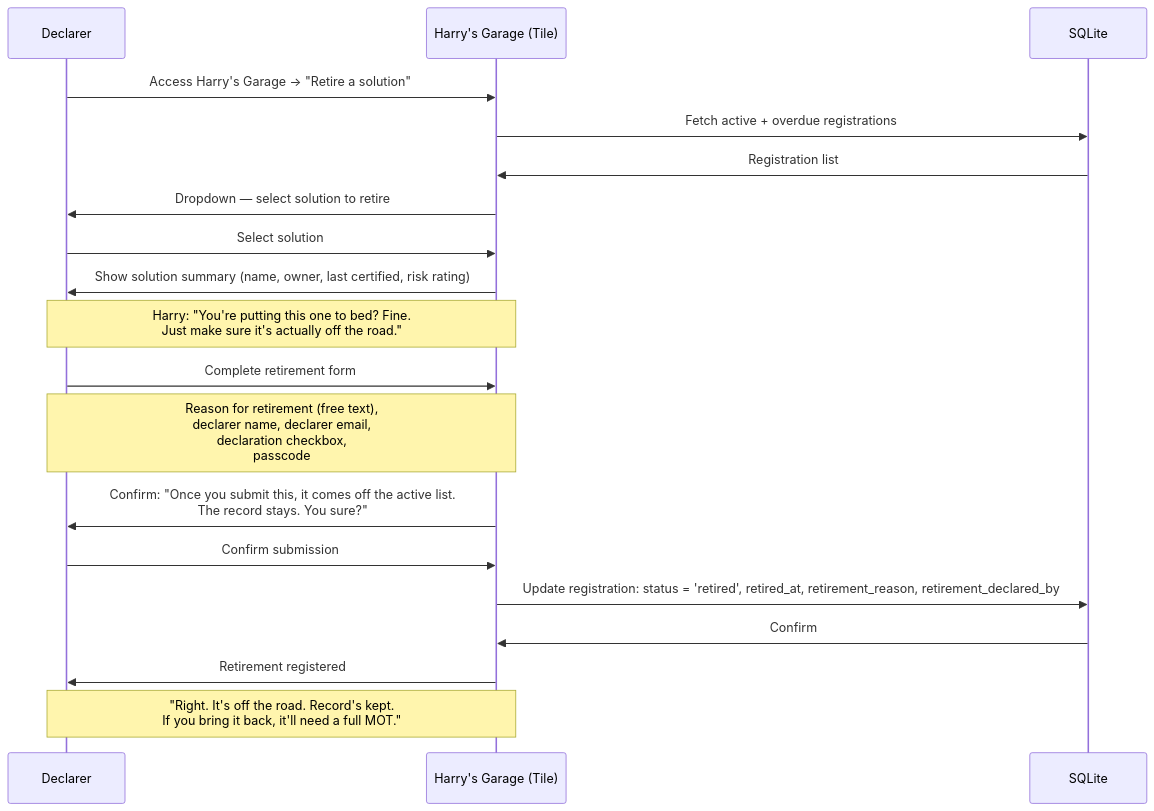
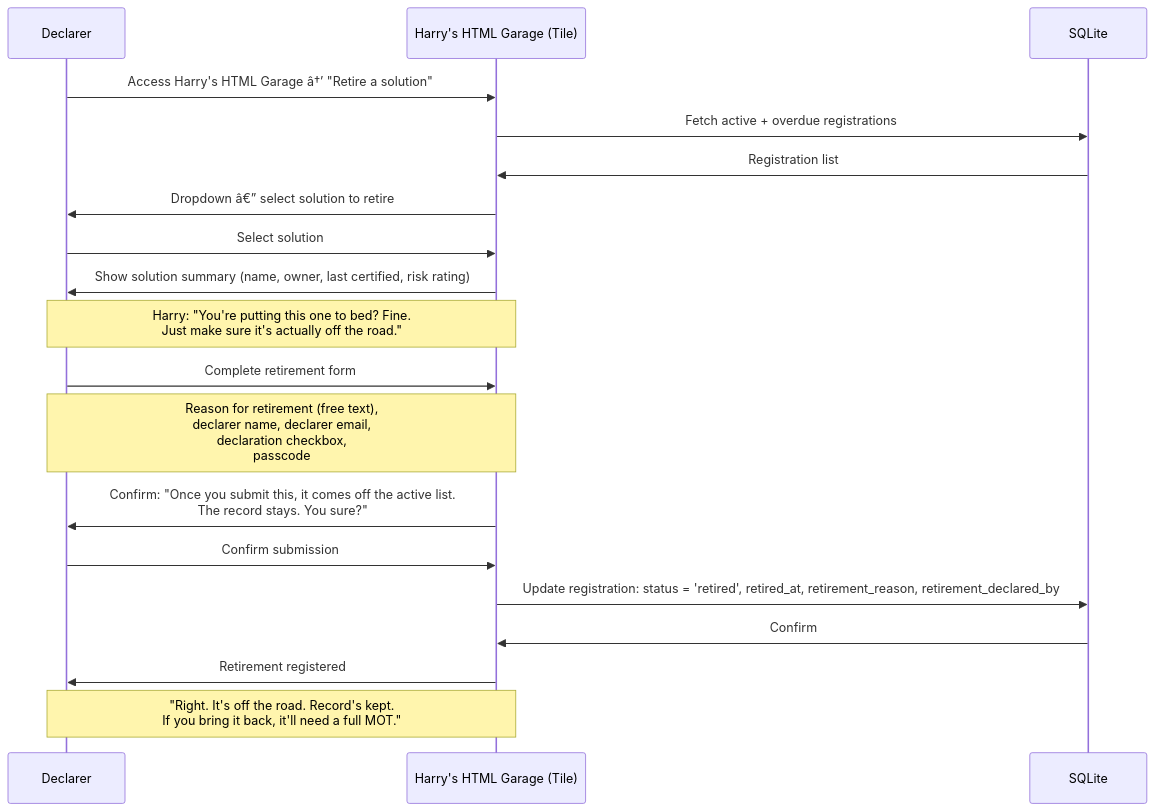
One commit to thensby-afk/agentic changed the diagram in 4 - Security specification/process-flows/02-retirement.md. Above: the diagram before and after it, drawn with Mermaid. The commit also changed other lines of this file and 4 other files, not shown here.

Commit message:
Rename to Harry's HTML Garage; add shell tile HTML

````diff
--- a/4 - Security specification/process-flows/02-retirement.md
+++ b/4 - Security specification/process-flows/02-retirement.md
@@ -27,27 +27,27 @@
 ```mermaid
 sequenceDiagram
     participant D as Declarer
-    participant HG as Harry's Garage (Tile)
+    participant HG as Harry's HTML Garage (Tile)
     participant DB as SQLite
 
-    D->>HG: Access Harry's Garage → "Retire a solution"
+    D->>HG: Access Harry's HTML Garage â†’ "Retire a solution"
     HG->>DB: Fetch active + overdue registrations
     DB->>HG: Registration list
-    HG->>D: Dropdown — select solution to retire
+    HG->>D: Dropdown â€” select solution to retire
     D->>HG: Select solution
     HG->>D: Show solution summary (name, owner, last certified, risk rating)
     Note over HG,D: Harry: "You're putting this one to bed? Fine.<br/>Just make sure it's actually off the road."
 
     D->>HG: Complete retirement form
     Note over D,HG: Reason for retirement (free text),<br/>declarer name, declarer email,<br/>declaration checkbox,<br/>passcode
 
     HG->>D: Confirm: "Once you submit this, it comes off the active list.<br/>The record stays. You sure?"
 
     D->>HG: Confirm submission
 
     HG->>DB: Update registration: status = 'retired', retired_at, retirement_reason, retirement_declared_by
     DB->>HG: Confirm
 
     HG->>D: Retirement registered
     Note over HG,D: "Right. It's off the road. Record's kept.<br/>If you bring it back, it'll need a full MOT."
 ```
````
